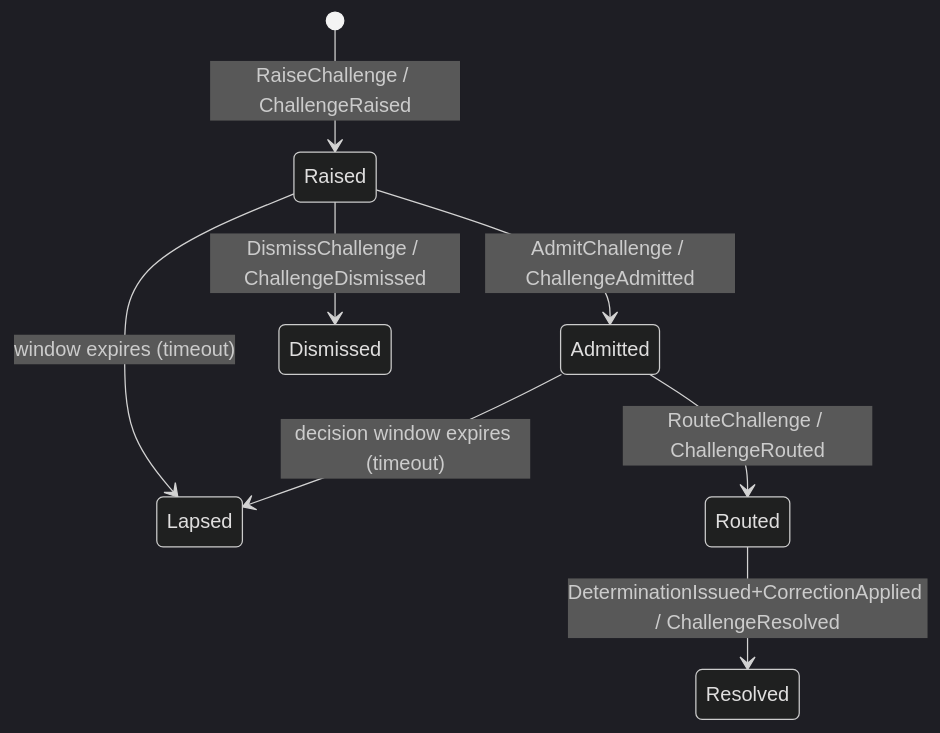
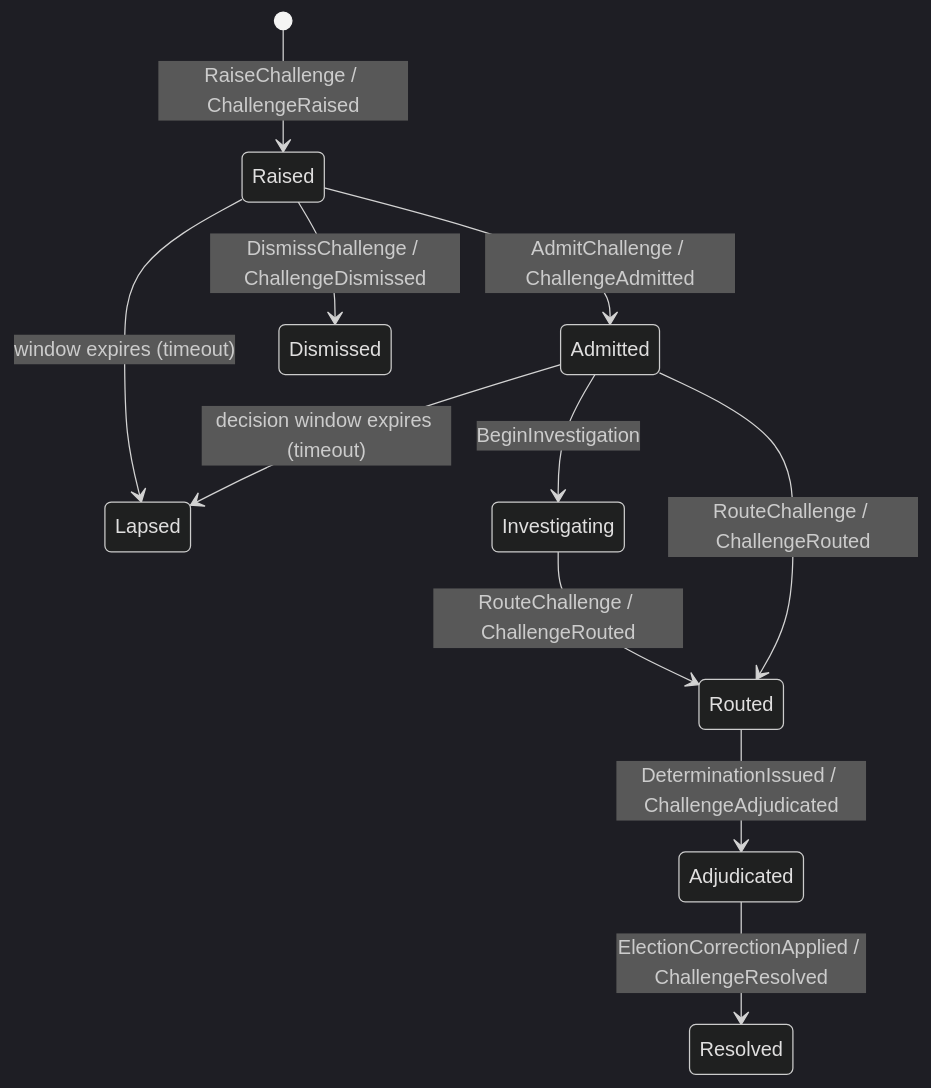
The fourth of 7 diagrams in docs/architecture/design/Round50-07_Aggregate_State_Machines.md (dr-roshyara/nrna1), drawn with Mermaid (dark theme) before and after one commit. The commit also changed other lines of this file and 108 other files, not shown here.

First line of the commit message:
docs(B1): ADR-T20 (Adjudicated != Resolved) + ADR-T17 resolved; update 50-07 + Event Catalog

````diff
--- a/docs/architecture/design/Round50-07_Aggregate_State_Machines.md
+++ b/docs/architecture/design/Round50-07_Aggregate_State_Machines.md
@@ -152,10 +153,13 @@
 ```mermaid
 stateDiagram-v2
     [*] --> Raised: RaiseChallenge / ChallengeRaised
     Raised --> Admitted: AdmitChallenge / ChallengeAdmitted
     Raised --> Dismissed: DismissChallenge / ChallengeDismissed
     Raised --> Lapsed: window expires (timeout)
+    Admitted --> Investigating: BeginInvestigation
+    Investigating --> Routed: RouteChallenge / ChallengeRouted
     Admitted --> Routed: RouteChallenge / ChallengeRouted
     Admitted --> Lapsed: decision window expires (timeout)
-    Routed --> Resolved: DeterminationIssued+CorrectionApplied / ChallengeResolved
+    Routed --> Adjudicated: DeterminationIssued / ChallengeAdjudicated
+    Adjudicated --> Resolved: ElectionCorrectionApplied / ChallengeResolved
 ```
````
